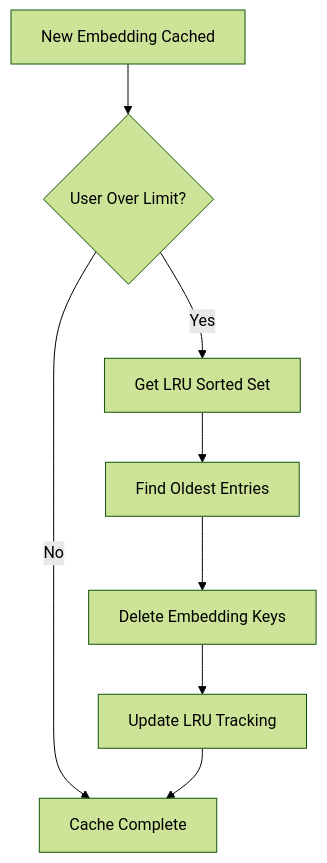
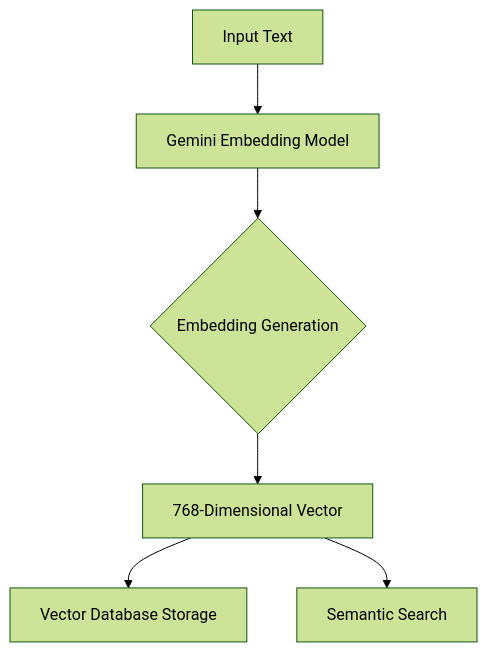
The diagram in docs/ai/memory.md (tweezerchef/Wbot), drawn with Mermaid (forest theme) before and after one commit. The commit also changed other lines of this file and 1 other file, not shown here.

````diff
--- a/docs/ai/memory.md
+++ b/docs/ai/memory.md
@@ -450,10 +111,8 @@
 ```mermaid
-flowchart TD
-    A[New Embedding Cached] --> B{User Over Limit?}
-    B -->|No| C[Cache Complete]
-    B -->|Yes| D[Get LRU Sorted Set]
-    D --> E[Find Oldest Entries]
-    E --> F[Delete Embedding Keys]
-    F --> G[Update LRU Tracking]
-    G --> C
+graph TD
+    A[Input Text] --> B[Gemini Embedding Model]
+    B --> C{Embedding Generation}
+    C --> D[768-Dimensional Vector]
+    D --> E[Vector Database Storage]
+    D --> F[Semantic Search]
 ```
````
